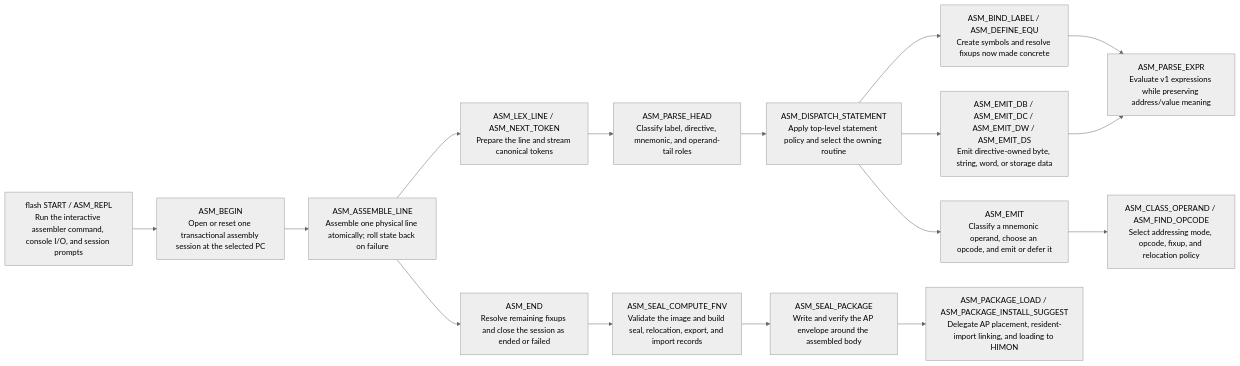
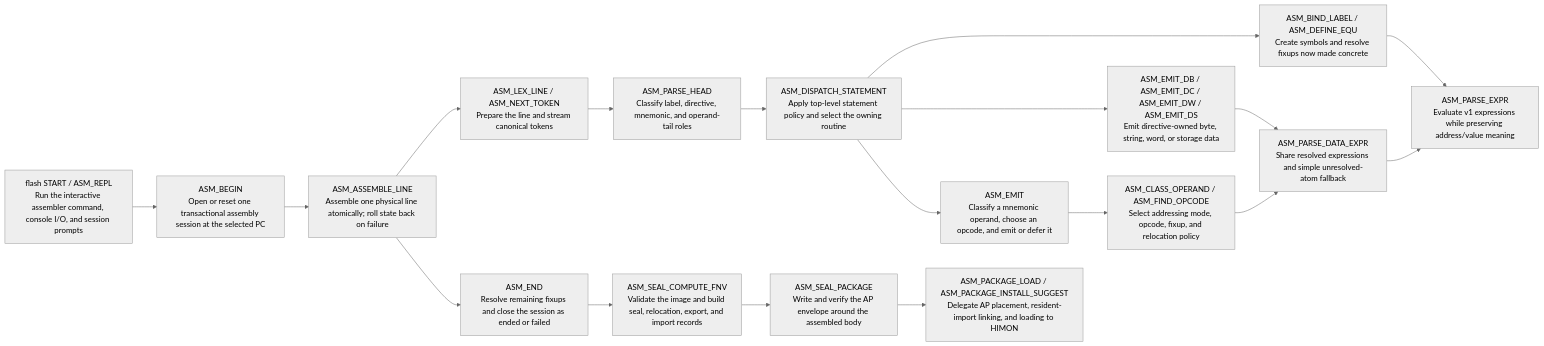
The first of 11 diagrams in DOC/GUIDES/ASM/ASM_CALL_MAP.md (95westus/R-YORS), drawn with Mermaid (neutral theme) before and after one commit. The commit also changed other lines of this file and 45 other files, not shown here.

Commit message:
Reduce ASM footprint and add expressions

````diff
--- a/DOC/GUIDES/ASM/ASM_CALL_MAP.md
+++ b/DOC/GUIDES/ASM/ASM_CALL_MAP.md
@@ -34,20 +34,22 @@
 ```mermaid
 flowchart LR
     ENTRY["flash START / ASM_REPL<br/>Run the interactive assembler command, console I/O, and session prompts"] --> BEGIN["ASM_BEGIN<br/>Open or reset one transactional assembly session at the selected PC"]
     BEGIN --> LINE["ASM_ASSEMBLE_LINE<br/>Assemble one physical line atomically; roll state back on failure"]
     LINE --> LEX["ASM_LEX_LINE / ASM_NEXT_TOKEN<br/>Prepare the line and stream canonical tokens"]
     LEX --> HEAD["ASM_PARSE_HEAD<br/>Classify label, directive, mnemonic, and operand-tail roles"]
     HEAD --> POLICY["ASM_DISPATCH_STATEMENT<br/>Apply top-level statement policy and select the owning routine"]
 
     POLICY --> SYMBOL["ASM_BIND_LABEL / ASM_DEFINE_EQU<br/>Create symbols and resolve fixups now made concrete"]
     POLICY --> DATA["ASM_EMIT_DB / ASM_EMIT_DC / ASM_EMIT_DW / ASM_EMIT_DS<br/>Emit directive-owned byte, string, word, or storage data"]
     POLICY --> EMIT["ASM_EMIT<br/>Classify a mnemonic operand, choose an opcode, and emit or defer it"]
     SYMBOL --> EXPR["ASM_PARSE_EXPR<br/>Evaluate v1 expressions while preserving address/value meaning"]
-    DATA --> EXPR
+    DATA --> DATAEXPR["ASM_PARSE_DATA_EXPR<br/>Share resolved expressions and simple unresolved-atom fallback"]
+    DATAEXPR --> EXPR
     EMIT --> OPER["ASM_CLASS_OPERAND / ASM_FIND_OPCODE<br/>Select addressing mode, opcode, fixup, and relocation policy"]
+    OPER --> DATAEXPR
 
     LINE --> ENDASM["ASM_END<br/>Resolve remaining fixups and close the session as ended or failed"]
     ENDASM --> SEAL["ASM_SEAL_COMPUTE_FNV<br/>Validate the image and build seal, relocation, export, and import records"]
     SEAL --> PACKAGE["ASM_SEAL_PACKAGE<br/>Write and verify the AP envelope around the assembled body"]
     PACKAGE --> LOAD["ASM_PACKAGE_LOAD / ASM_PACKAGE_INSTALL_SUGGEST<br/>Delegate AP placement, resident-import linking, and loading to HIMON"]
 ```
````
